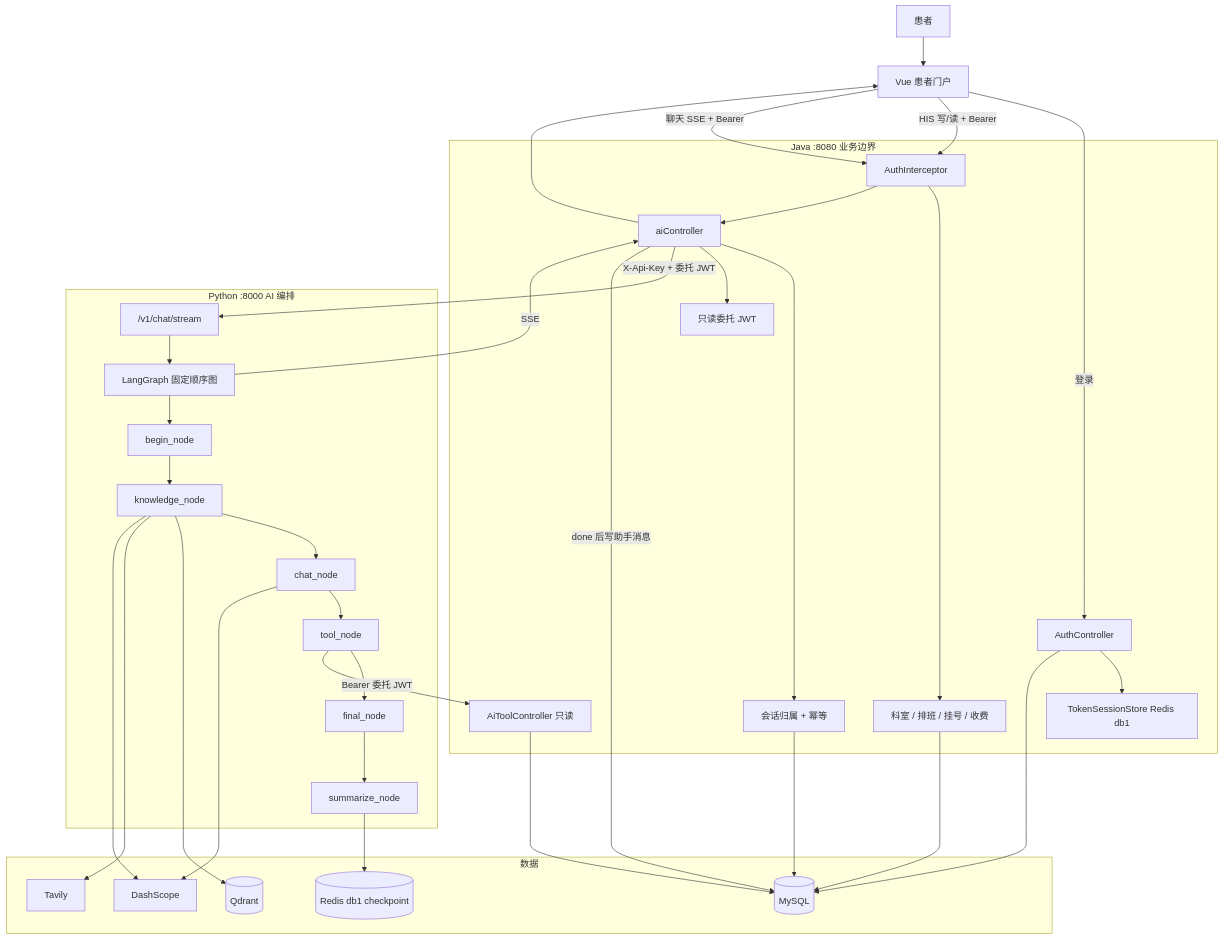
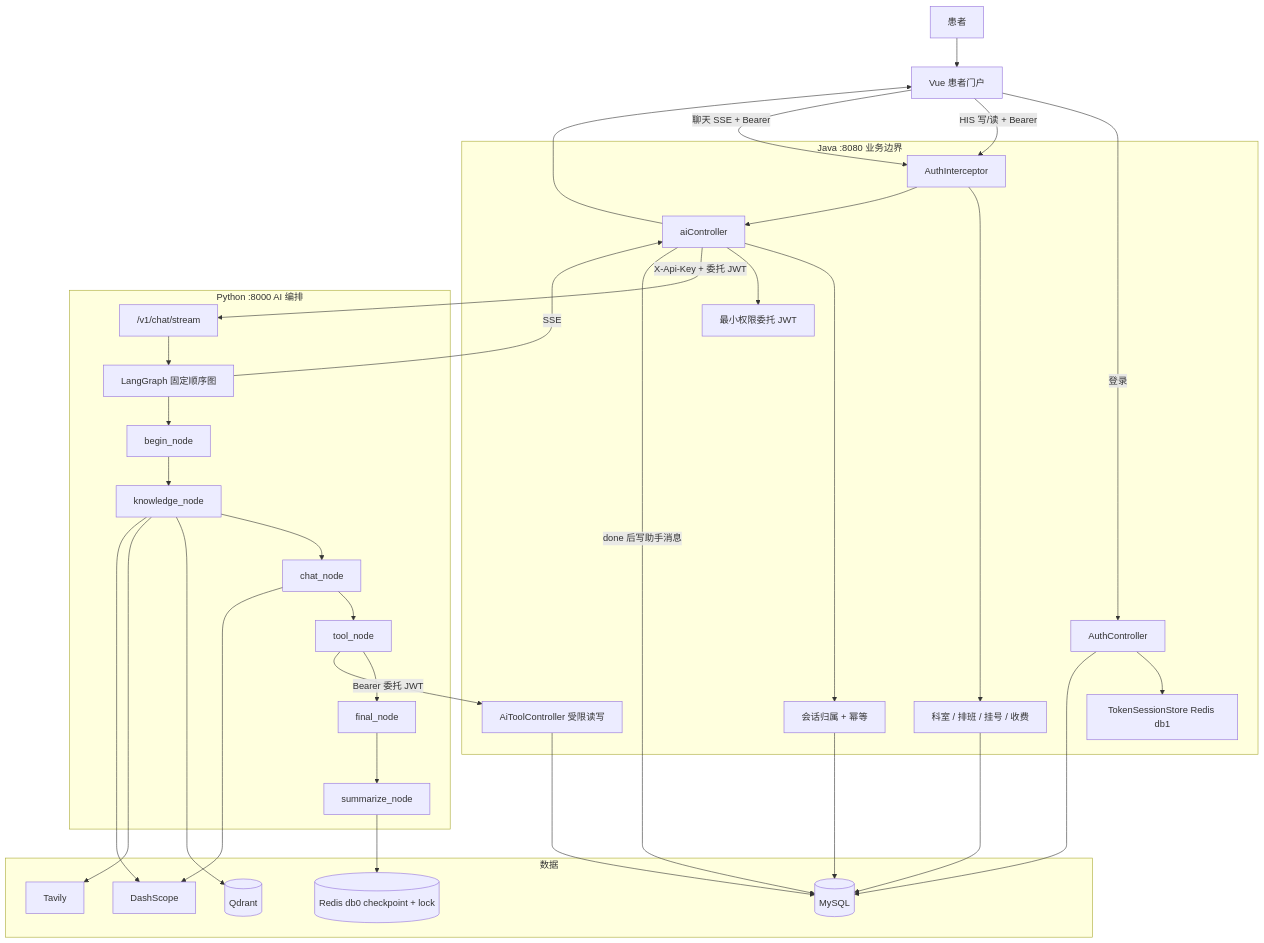
The diagram in docs/项目流程骨架.md (6666ccc/WenRun), drawn with Mermaid before and after one commit. The commit also changed other lines of this file and 125 other files, not shown here.

First line of the commit message:
feat(ai): 落地企业级会话上下文、记忆治理与级联意图路由

````diff
--- a/docs/项目流程骨架.md
+++ b/docs/项目流程骨架.md
@@ -179,54 +183,54 @@
 ```mermaid
 flowchart TB
     User[患者]
     Vue[Vue 患者门户]
     User --> Vue
 
     subgraph Java[Java :8080 业务边界]
         Auth[AuthController]
         Session[TokenSessionStore Redis db1]
         Gate[AuthInterceptor]
         HIS[科室 / 排班 / 挂号 / 收费]
         AiGw[aiController]
         Own[会话归属 + 幂等]
-        Jwt[只读委托 JWT]
-        Tools[AiToolController 只读]
+        Jwt[最小权限委托 JWT]
+        Tools[AiToolController 受限读写]
     end
 
     subgraph Py[Python :8000 AI 编排]
         Stream["/v1/chat/stream"]
         G[LangGraph 固定顺序图]
         Begin[begin_node]
         Know[knowledge_node]
         Chat[chat_node]
         ToolN[tool_node]
         Final[final_node]
         Sum[summarize_node]
     end
 
     subgraph Data[数据]
         MySQL[(MySQL)]
         Qdrant[(Qdrant)]
-        RedisMem[(Redis db1 checkpoint)]
+        RedisMem[(Redis db0 checkpoint + lock)]
         LLM[DashScope]
         Web[Tavily]
     end
 
     Vue -->|"登录"| Auth
     Auth --> Session
     Auth --> MySQL
     Vue -->|"HIS 写/读 + Bearer"| Gate --> HIS --> MySQL
     Vue -->|"聊天 SSE + Bearer"| Gate --> AiGw
     AiGw --> Own --> MySQL
     AiGw --> Jwt
     AiGw -->|"X-Api-Key + 委托 JWT"| Stream --> G
     G --> Begin --> Know --> Chat --> ToolN --> Final --> Sum
     Know --> Qdrant
     Know --> Web
     Know --> LLM
     Chat --> LLM
     ToolN -->|"Bearer 委托 JWT"| Tools --> MySQL
     Sum --> RedisMem
     G -->|"SSE"| AiGw --> Vue
     AiGw -->|"done 后写助手消息"| MySQL
 ```
````
